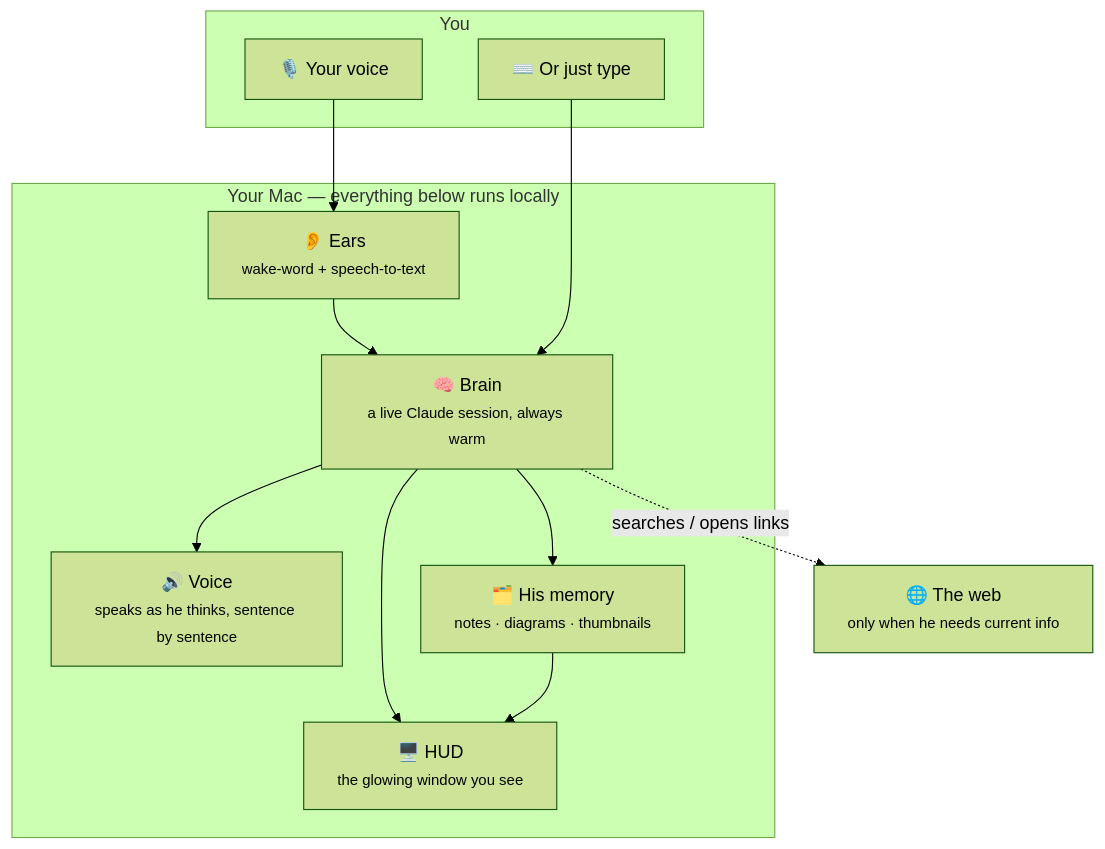
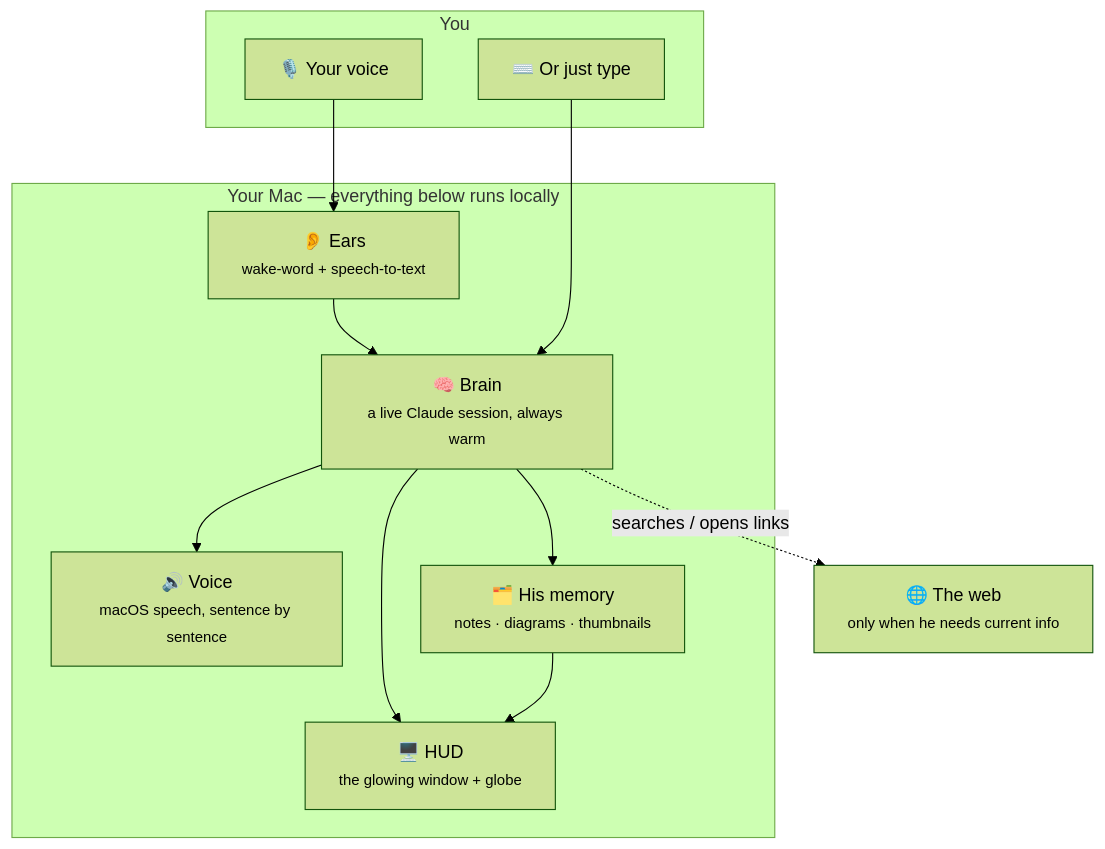
The first of 4 diagrams in README.md (adipatel399/Rocky), drawn with Mermaid (forest theme) before and after one commit. The commit also changed other lines of this file and 19 other files, not shown here.

````diff
--- a/README.md
+++ b/README.md
@@ -47,25 +49,25 @@
 ```mermaid
 flowchart TB
     subgraph You
         V["🎙️ Your voice"]
         T["⌨️ Or just type"]
     end
 
     subgraph Mac["Your Mac — everything below runs locally"]
         Ears["👂 Ears<br/><small>wake-word + speech-to-text</small>"]
         Brain["🧠 Brain<br/><small>a live Claude session, always warm</small>"]
-        Voice["🔊 Voice<br/><small>speaks as he thinks, sentence by sentence</small>"]
-        HUD["🖥️ HUD<br/><small>the glowing window you see</small>"]
+        Voice["🔊 Voice<br/><small>macOS speech, sentence by sentence</small>"]
+        HUD["🖥️ HUD<br/><small>the glowing window + globe</small>"]
         Data["🗂️ His memory<br/><small>notes · diagrams · thumbnails</small>"]
     end
 
     Internet["🌐 The web<br/><small>only when he needs current info</small>"]
 
     V --> Ears --> Brain
     T --> Brain
     Brain --> Voice
     Brain --> HUD
     Brain --> Data
     Brain -. "searches / opens links" .-> Internet
     Data --> HUD
 ```
````
